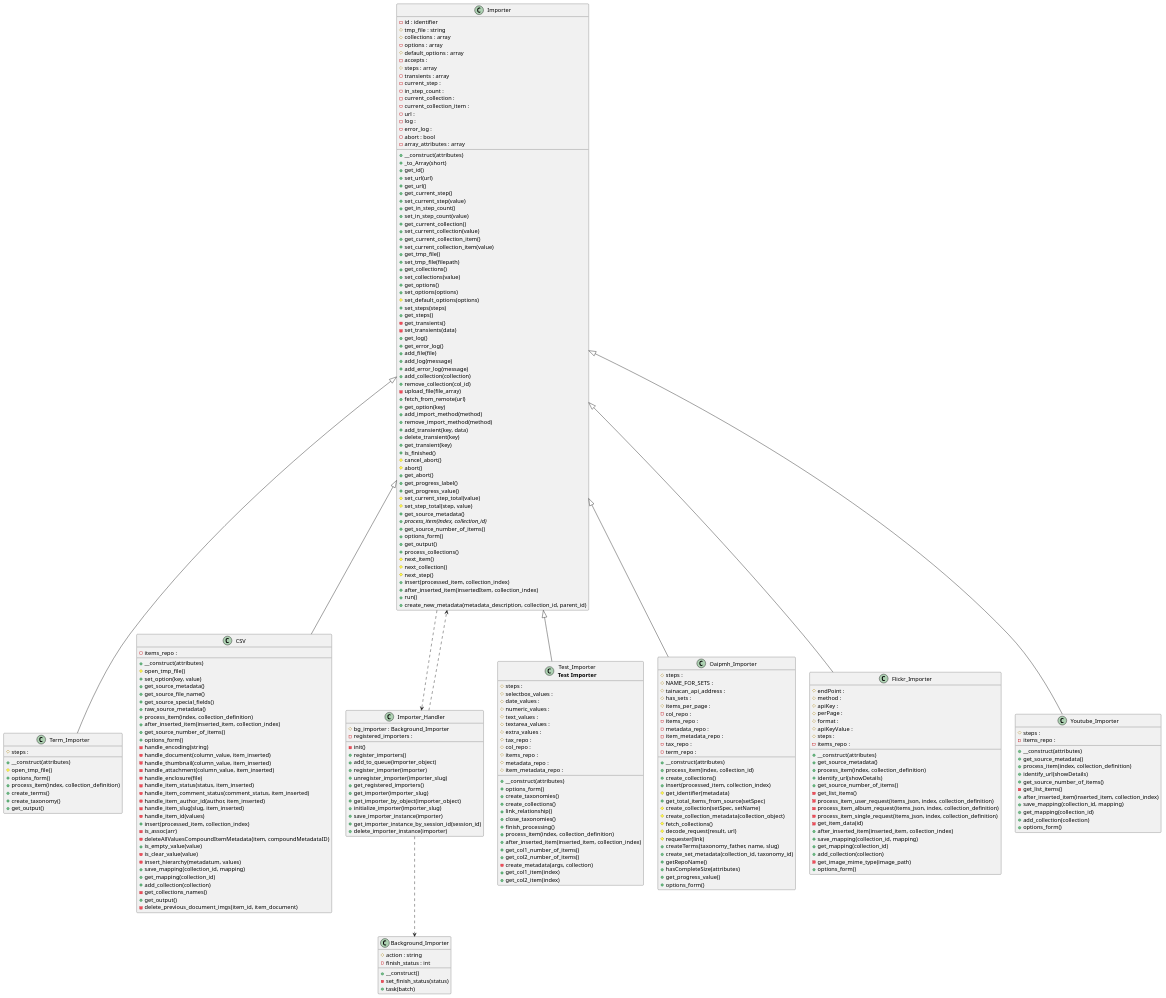
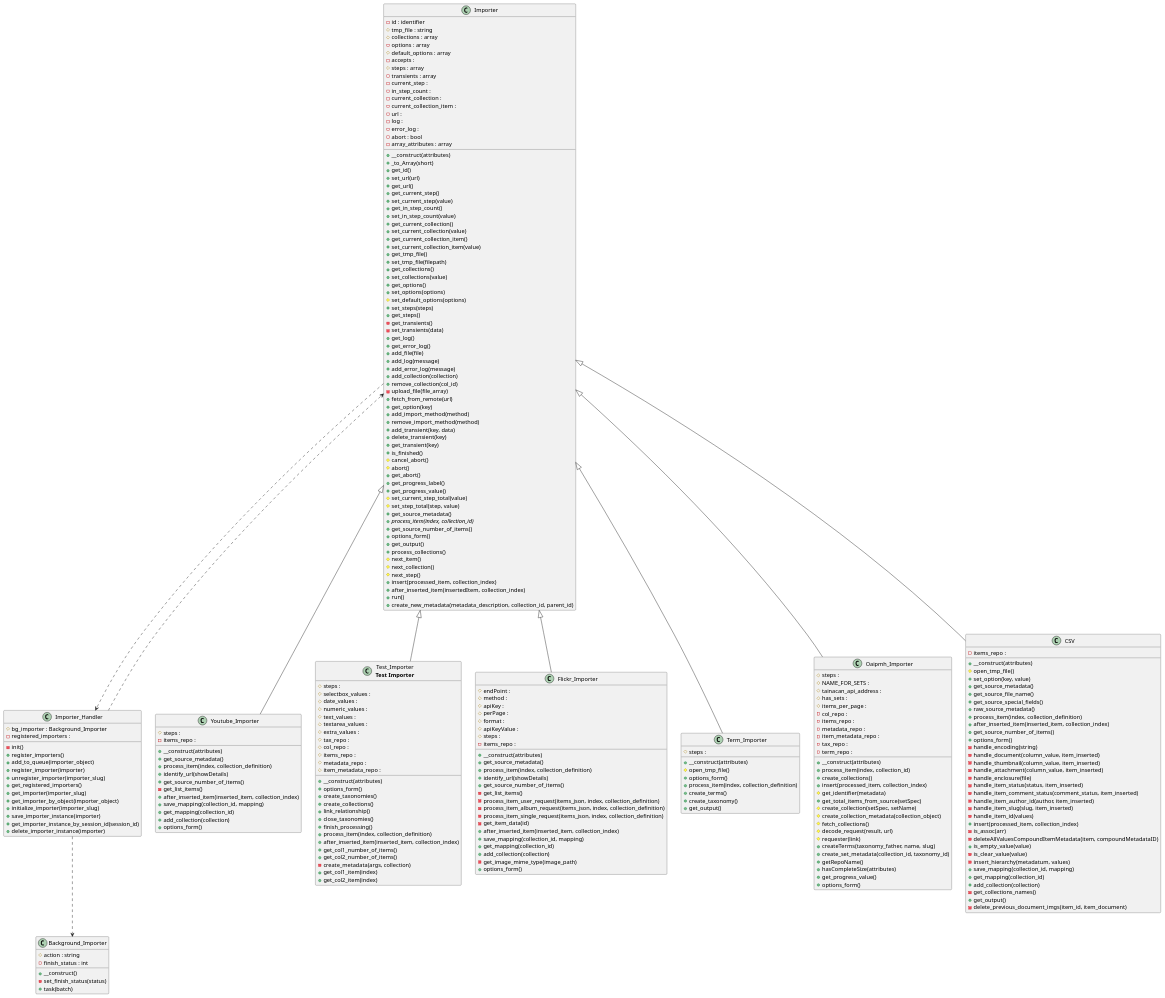
The diagram in docs/diagrams/tainacan-namespace-Tainacan-Importer.puml (tainacan/tainacan), drawn with PlantUML before and after one commit. The commit also changed other lines of this file and 62 other files, not shown here.

```diff
--- a/docs/diagrams/tainacan-namespace-Tainacan-Importer.puml
+++ b/docs/diagrams/tainacan-namespace-Tainacan-Importer.puml
@@ -1,49 +1,95 @@
 @startuml class-diagram
-  class "Term_Importer" as Term_Importer {
+  class "Youtube_Importer" as Youtube_Importer {
     #steps : 
-    +__construct(attributes)
-    #open_tmp_file()
-    +options_form()
-    +process_item(index, collection_definition)
-    +create_terms()
-    +create_taxonomy()
-    +get_output()
-  }
-  class "CSV" as CSV {
     -items_repo : 
     +__construct(attributes)
-    #open_tmp_file()
-    +set_option(key, value)
     +get_source_metadata()
-    +get_source_file_name()
-    +get_source_special_fields()
-    +raw_source_metadata()
     +process_item(index, collection_definition)
+    +identify_url(showDetails)
+    +get_source_number_of_items()
+    -get_list_items()
     +after_inserted_item(inserted_item, collection_index)
-    +get_source_number_of_items()
-    +options_form()
-    -handle_encoding(string)
-    -handle_document(column_value, item_inserted)
-    -handle_thumbnail(column_value, item_inserted)
-    -handle_attachment(column_value, item_inserted)
-    -handle_enclosure(file)
-    -handle_item_status(status, item_inserted)
-    -handle_item_comment_status(comment_status, item_inserted)
-    -handle_item_author_id(author, item_inserted)
-    -handle_item_slug(slug, item_inserted)
-    -handle_item_id(values)
-    +insert(processed_item, collection_index)
-    -is_assoc(arr)
-    -deleteAllValuesCompoundItemMetadata(item, compoundMetadataID)
-    +is_empty_value(value)
-    -is_clear_value(value)
-    -insert_hierarchy(metadatum, values)
     +save_mapping(collection_id, mapping)
     +get_mapping(collection_id)
     +add_collection(collection)
-    -get_collections_names()
-    +get_output()
-    -delete_previous_document_imgs(item_id, item_document)
+    +options_form()
+  }
+  class "Test_Importer\n<b>Test Importer</b>" as Test_Importer {
+    #steps : 
+    #selectbox_values : 
+    #date_values : 
+    #numeric_values : 
+    #text_values : 
+    #textarea_values : 
+    #extra_values : 
+    #tax_repo : 
+    #col_repo : 
+    #items_repo : 
+    #metadata_repo : 
+    #item_metadata_repo : 
+    +__construct(attributes)
+    +options_form()
+    +create_taxonomies()
+    +create_collections()
+    +link_relationship()
+    +close_taxonomies()
+    +finish_processing()
+    +process_item(index, collection_definition)
+    +after_inserted_item(inserted_item, collection_index)
+    +get_col1_number_of_items()
+    +get_col2_number_of_items()
+    -create_metadata(args, collection)
+    +get_col1_item(index)
+    +get_col2_item(index)
+  }
+  class "Flickr_Importer" as Flickr_Importer {
+    #endPoint : 
+    #method : 
+    #apiKey : 
+    #perPage : 
+    #format : 
+    #apiKeyValue : 
+    #steps : 
+    -items_repo : 
+    +__construct(attributes)
+    +get_source_metadata()
+    +process_item(index, collection_definition)
+    +identify_url(showDetails)
+    +get_source_number_of_items()
+    -get_list_items()
+    -process_item_user_request(items_json, index, collection_definition)
+    -process_item_album_request(items_json, index, collection_definition)
+    -process_item_single_request(items_json, index, collection_definition)
+    -get_item_data(id)
+    +after_inserted_item(inserted_item, collection_index)
+    +save_mapping(collection_id, mapping)
+    +get_mapping(collection_id)
+    +add_collection(collection)
+    -get_image_mime_type(image_path)
+    +options_form()
+  }
+  class "Background_Importer" as Background_Importer {
+    #action : string
+    -finish_status : int
+    +__construct()
+    -set_finish_status(status)
+    +task(batch)
+  }
+  class "Importer_Handler" as Importer_Handler {
+    #bg_importer : Background_Importer
+    -registered_importers : 
+    -init()
+    +register_importers()
+    +add_to_queue(importer_object)
+    +register_importer(importer)
+    +unregister_importer(importer_slug)
+    +get_registered_importers()
+    +get_importer(importer_slug)
+    +get_importer_by_object(importer_object)
+    +initialize_importer(importer_slug)
+    +save_importer_instance(importer)
+    +get_importer_instance_by_session_id(session_id)
+    +delete_importer_instance(importer)
   }
   class "Importer" as Importer {
     -id : identifier
@@ -124,56 +170,15 @@
     +run()
     +create_new_metadata(metadata_description, collection_id, parent_id)
   }
-  class "Importer_Handler" as Importer_Handler {
-    #bg_importer : Background_Importer
-    -registered_importers : 
-    -init()
-    +register_importers()
-    +add_to_queue(importer_object)
-    +register_importer(importer)
-    +unregister_importer(importer_slug)
-    +get_registered_importers()
-    +get_importer(importer_slug)
-    +get_importer_by_object(importer_object)
-    +initialize_importer(importer_slug)
-    +save_importer_instance(importer)
-    +get_importer_instance_by_session_id(session_id)
-    +delete_importer_instance(importer)
-  }
-  class "Background_Importer" as Background_Importer {
-    #action : string
-    -finish_status : int
-    +__construct()
-    -set_finish_status(status)
-    +task(batch)
-  }
-  class "Test_Importer\n<b>Test Importer</b>" as Test_Importer {
+  class "Term_Importer" as Term_Importer {
     #steps : 
-    #selectbox_values : 
-    #date_values : 
-    #numeric_values : 
-    #text_values : 
-    #textarea_values : 
-    #extra_values : 
-    #tax_repo : 
-    #col_repo : 
-    #items_repo : 
-    #metadata_repo : 
-    #item_metadata_repo : 
     +__construct(attributes)
+    #open_tmp_file()
     +options_form()
-    +create_taxonomies()
-    +create_collections()
-    +link_relationship()
-    +close_taxonomies()
-    +finish_processing()
     +process_item(index, collection_definition)
-    +after_inserted_item(inserted_item, collection_index)
-    +get_col1_number_of_items()
-    +get_col2_number_of_items()
-    -create_metadata(args, collection)
-    +get_col1_item(index)
-    +get_col2_item(index)
+    +create_terms()
+    +create_taxonomy()
+    +get_output()
   }
   class "Oaipmh_Importer" as Oaipmh_Importer {
     #steps : 
@@ -205,46 +210,41 @@
     +get_progress_value()
     +options_form()
   }
-  class "Flickr_Importer" as Flickr_Importer {
-    #endPoint : 
-    #method : 
-    #apiKey : 
-    #perPage : 
-    #format : 
-    #apiKeyValue : 
-    #steps : 
+  class "CSV" as CSV {
     -items_repo : 
     +__construct(attributes)
+    #open_tmp_file()
+    +set_option(key, value)
     +get_source_metadata()
+    +get_source_file_name()
+    +get_source_special_fields()
+    +raw_source_metadata()
     +process_item(index, collection_definition)
-    +identify_url(showDetails)
+    +after_inserted_item(inserted_item, collection_index)
     +get_source_number_of_items()
-    -get_list_items()
-    -process_item_user_request(items_json, index, collection_definition)
-    -process_item_album_request(items_json, index, collection_definition)
-    -process_item_single_request(items_json, index, collection_definition)
-    -get_item_data(id)
-    +after_inserted_item(inserted_item, collection_index)
+    +options_form()
+    -handle_encoding(string)
+    -handle_document(column_value, item_inserted)
+    -handle_thumbnail(column_value, item_inserted)
+    -handle_attachment(column_value, item_inserted)
+    -handle_enclosure(file)
+    -handle_item_status(status, item_inserted)
+    -handle_item_comment_status(comment_status, item_inserted)
+    -handle_item_author_id(author, item_inserted)
+    -handle_item_slug(slug, item_inserted)
+    -handle_item_id(values)
+    +insert(processed_item, collection_index)
+    -is_assoc(arr)
+    -deleteAllValuesCompoundItemMetadata(item, compoundMetadataID)
+    +is_empty_value(value)
+    -is_clear_value(value)
+    -insert_hierarchy(metadatum, values)
     +save_mapping(collection_id, mapping)
     +get_mapping(collection_id)
     +add_collection(collection)
-    -get_image_mime_type(image_path)
-    +options_form()
-  }
-  class "Youtube_Importer" as Youtube_Importer {
-    #steps : 
-    -items_repo : 
-    +__construct(attributes)
-    +get_source_metadata()
-    +process_item(index, collection_definition)
-    +identify_url(showDetails)
-    +get_source_number_of_items()
-    -get_list_items()
-    +after_inserted_item(inserted_item, collection_index)
-    +save_mapping(collection_id, mapping)
-    +get_mapping(collection_id)
-    +add_collection(collection)
-    +options_form()
+    -get_collections_names()
+    +get_output()
+    -delete_previous_document_imgs(item_id, item_document)
   }
   Importer ..> Importer_Handler
   Importer <|-- CSV
```
